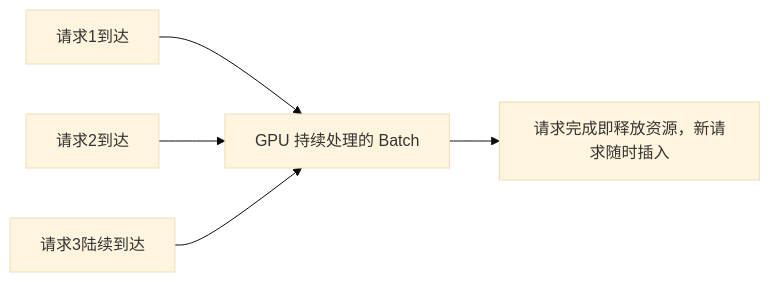
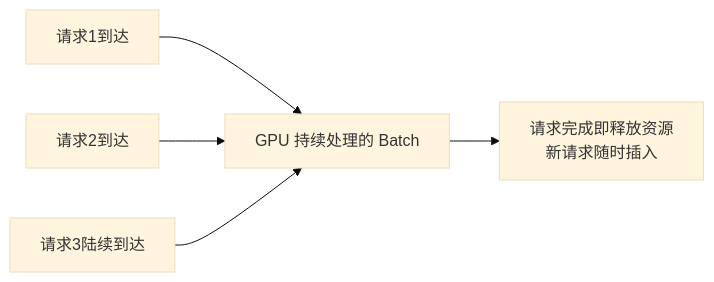
The first of 2 diagrams in 2. Alignment 与训练工程/8. LLM Inference Stack——现代大模型推理工程.md (AI-learning-simple/Build-Your-Own-LLM), drawn with Mermaid (base theme) before and after one commit. The commit also changed other lines of this file and 41 other files, not shown here.

````diff
--- a/2. Alignment 与训练工程/8. LLM Inference Stack——现代大模型推理工程.md
+++ b/2. Alignment 与训练工程/8. LLM Inference Stack——现代大模型推理工程.md
@@ -27,7 +70,7 @@
 ```mermaid
 flowchart LR
     A[请求1到达] --> D[GPU 持续处理的 Batch]
     B[请求2到达] --> D
     C[请求3陆续到达] --> D
-    D --> E[请求完成即释放资源，新请求随时插入]
+    D --> E["请求完成即释放资源<br/>新请求随时插入"]
 ```
````
